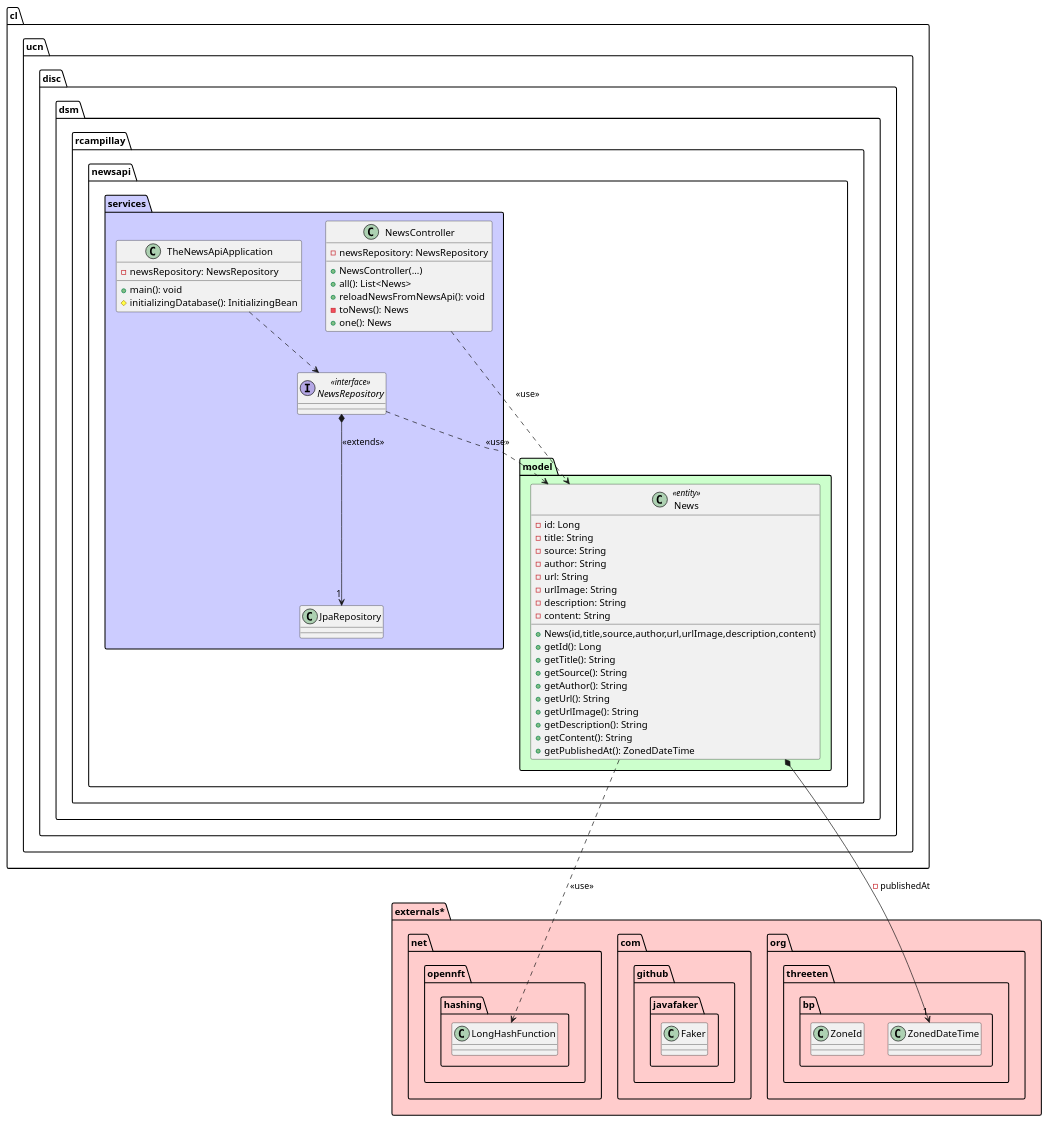
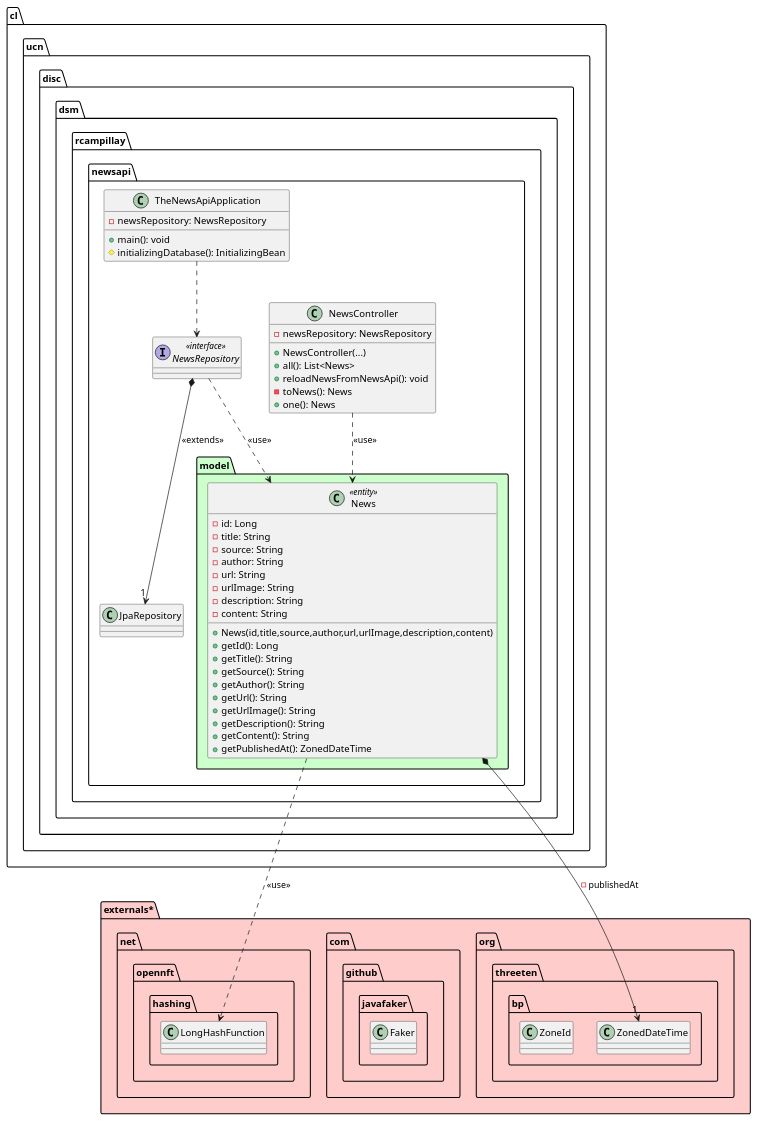
One commit to LaRata69/News-API changed the diagram in README.md. Above: the diagram before and after it, drawn with PlantUML. The commit also changed 5 other files, not shown here.

```diff
--- a/README.md
+++ b/README.md
@@ -58,7 +58,7 @@
         News *--> "1" ZonedDateTime : -publishedAt
     }
     
-    package services #ccccff {
+    
         interface NewsRepository <<interface>> {
     }
     NewsRepository ..> News : <<use>>
```
